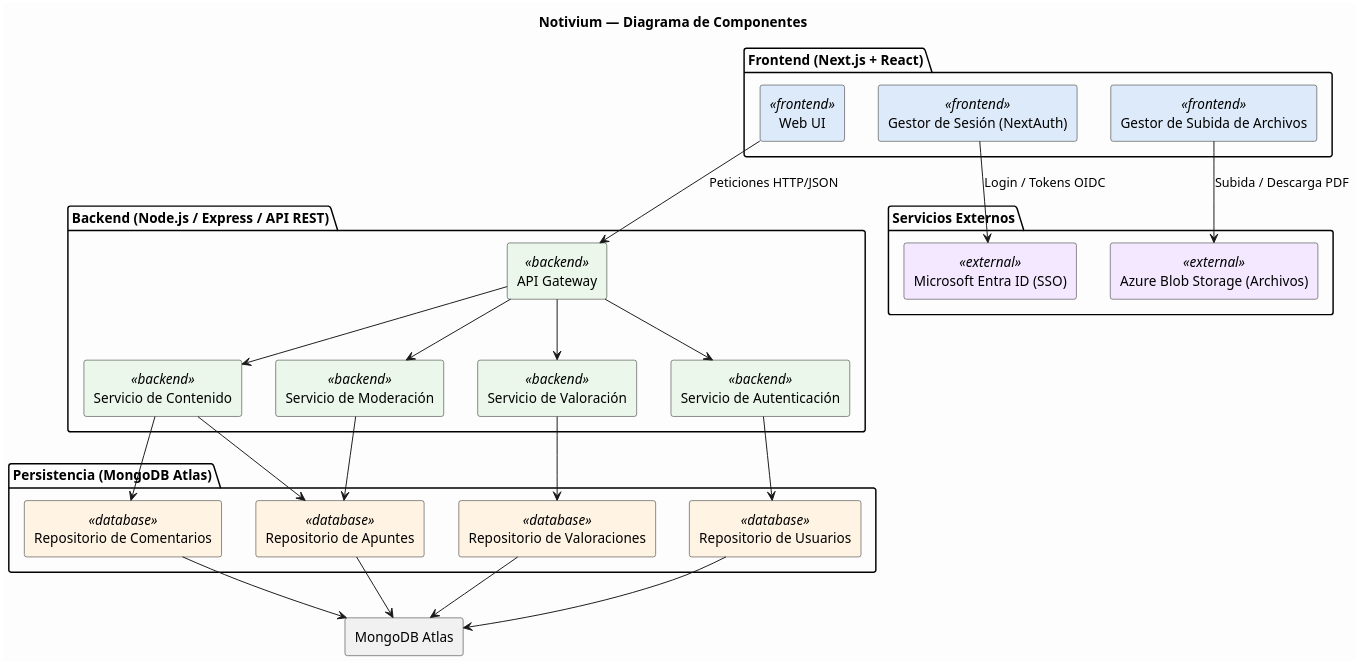
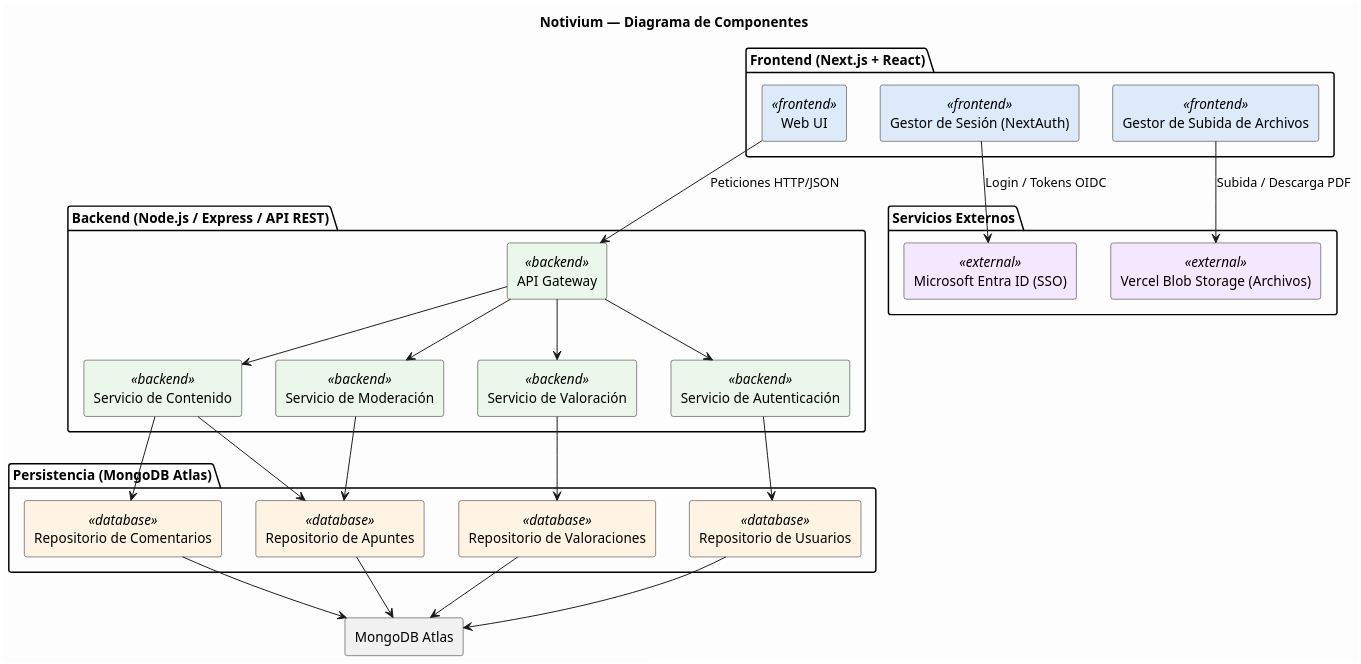
One commit to tomaspobb/ING_SOFTWARE changed the diagram in DIAGRAMAS/COMPONENTES.puml. Above: the diagram before and after it, drawn with PlantUML.

```diff
--- a/DIAGRAMAS/COMPONENTES.puml
+++ b/DIAGRAMAS/COMPONENTES.puml
@@ -1,61 +1,61 @@
 @startuml
 title Notivium — Diagrama de Componentes
 skinparam dpi 300
 skinparam componentStyle rectangle
 skinparam shadowing false
 skinparam backgroundColor #FDFDFD
 skinparam component {
   BackgroundColor<<frontend>> #DDEAF9
   BackgroundColor<<backend>> #EAF7EA
   BackgroundColor<<database>> #FFF4E3
   BackgroundColor<<external>> #F3E8FF
 }
 
 package "Frontend (Next.js + React)" {
   [Web UI] <<frontend>>
   [Gestor de Sesión (NextAuth)] <<frontend>>
   [Gestor de Subida de Archivos] <<frontend>>
 }
 
 package "Backend (Node.js / Express / API REST)" {
   [API Gateway] <<backend>>
   [Servicio de Contenido] <<backend>>
   [Servicio de Moderación] <<backend>>
   [Servicio de Valoración] <<backend>>
   [Servicio de Autenticación] <<backend>>
 }
 
 package "Persistencia (MongoDB Atlas)" {
   [Repositorio de Apuntes] <<database>>
   [Repositorio de Comentarios] <<database>>
   [Repositorio de Valoraciones] <<database>>
   [Repositorio de Usuarios] <<database>>
 }
 
 package "Servicios Externos" {
   [Microsoft Entra ID (SSO)] <<external>>
-  [Azure Blob Storage (Archivos)] <<external>>
+  [Vercel Blob Storage (Archivos)] <<external>>
 }
 
 ' --- Relaciones ---
 [Web UI] --> [API Gateway] : Peticiones HTTP/JSON
 [Gestor de Sesión (NextAuth)] --> [Microsoft Entra ID (SSO)] : Login / Tokens OIDC
-[Gestor de Subida de Archivos] --> [Azure Blob Storage (Archivos)] : Subida / Descarga PDF
+[Gestor de Subida de Archivos] --> [Vercel Blob Storage (Archivos)] : Subida / Descarga PDF
 
 [API Gateway] --> [Servicio de Contenido]
 [API Gateway] --> [Servicio de Moderación]
 [API Gateway] --> [Servicio de Valoración]
 [API Gateway] --> [Servicio de Autenticación]
 
 [Servicio de Contenido] --> [Repositorio de Apuntes]
 [Servicio de Contenido] --> [Repositorio de Comentarios]
 [Servicio de Valoración] --> [Repositorio de Valoraciones]
 [Servicio de Autenticación] --> [Repositorio de Usuarios]
 [Servicio de Moderación] --> [Repositorio de Apuntes]
 
 [Repositorio de Apuntes] --> [MongoDB Atlas]
 [Repositorio de Comentarios] --> [MongoDB Atlas]
 [Repositorio de Valoraciones] --> [MongoDB Atlas]
 [Repositorio de Usuarios] --> [MongoDB Atlas]
 
 @enduml
```
